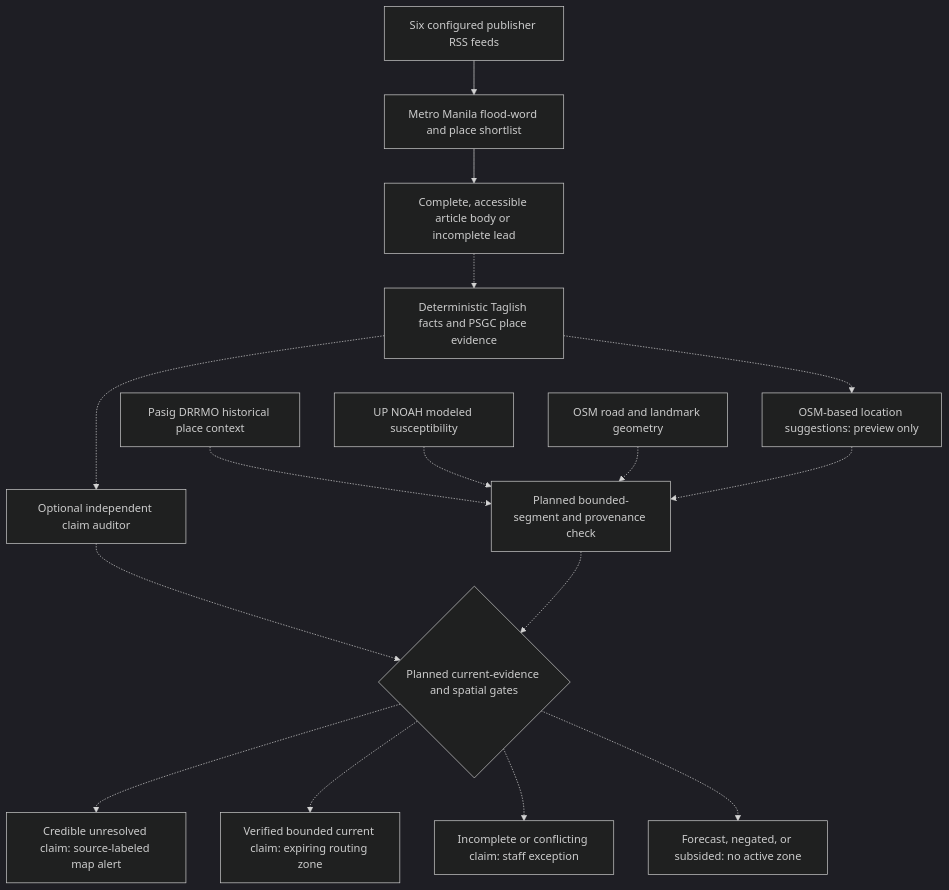
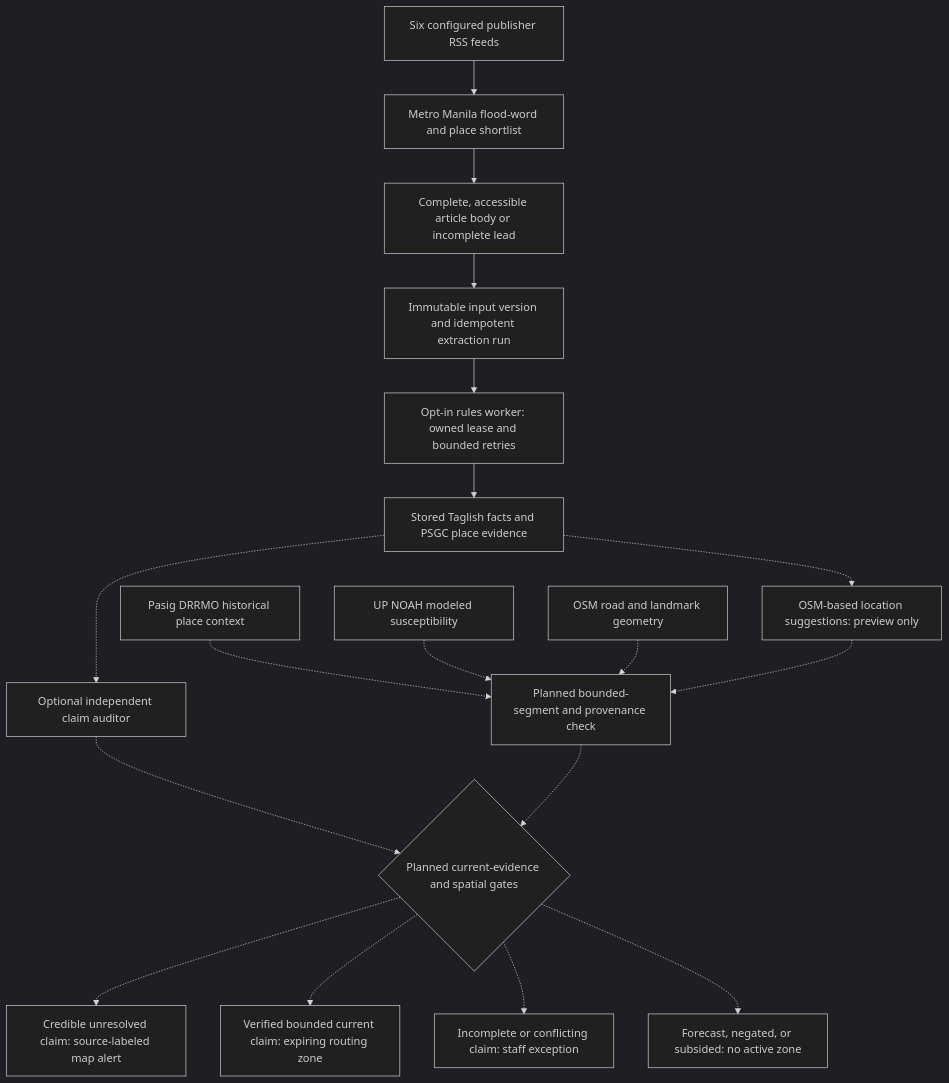
Before and after one commit to pu-roi/LANES: the diagram in docs/plans/smart-auto-activation-and-hybrid-nlp-plan.md, drawn with Mermaid (dark theme). The commit also changed other lines of this file and 30 other files, not shown here.

First line of the commit message:
feat(news): persist versioned extraction with bounded retries

````diff
--- a/docs/plans/smart-auto-activation-and-hybrid-nlp-plan.md
+++ b/docs/plans/smart-auto-activation-and-hybrid-nlp-plan.md
@@ -24,18 +24,20 @@
 ```mermaid
 flowchart TD
     RSS["Six configured publisher RSS feeds"] --> Shortlist["Metro Manila flood-word and place shortlist"]
     Shortlist --> Body["Complete, accessible article body or incomplete lead"]
-    Body -.-> Facts["Deterministic Taglish facts and PSGC place evidence"]
+    Body --> Inputs["Immutable input version and idempotent extraction run"]
+    Inputs --> Worker["Opt-in rules worker: owned lease and bounded retries"]
+    Worker --> Facts["Stored Taglish facts and PSGC place evidence"]
     Facts -.-> Preview["OSM-based location suggestions: preview only"]
     Facts -.-> Audit["Optional independent claim auditor"]
     DRRMO["Pasig DRRMO historical place context"] -.-> Spatial["Planned bounded-segment and provenance check"]
     NOAH["UP NOAH modeled susceptibility"] -.-> Spatial
     OSM["OSM road and landmark geometry"] -.-> Spatial
     Preview -.-> Spatial
     Audit -.-> Gate{"Planned current-evidence and spatial gates"}
     Spatial -.-> Gate
     Gate -.-> Alert["Credible unresolved claim: source-labeled map alert"]
     Gate -.-> Zone["Verified bounded current claim: expiring routing zone"]
     Gate -.-> Review["Incomplete or conflicting claim: staff exception"]
     Gate -.-> Suppressed["Forecast, negated, or subsided: no active zone"]
 ```
````
